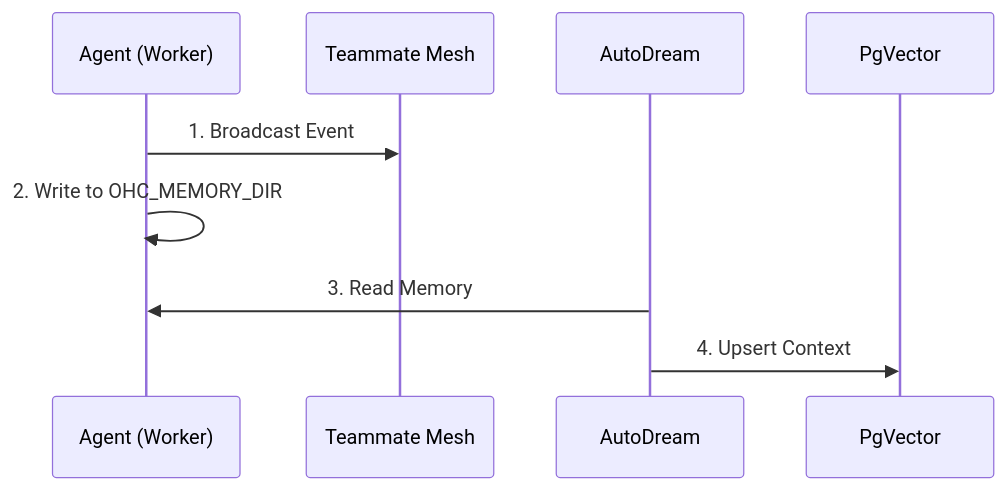
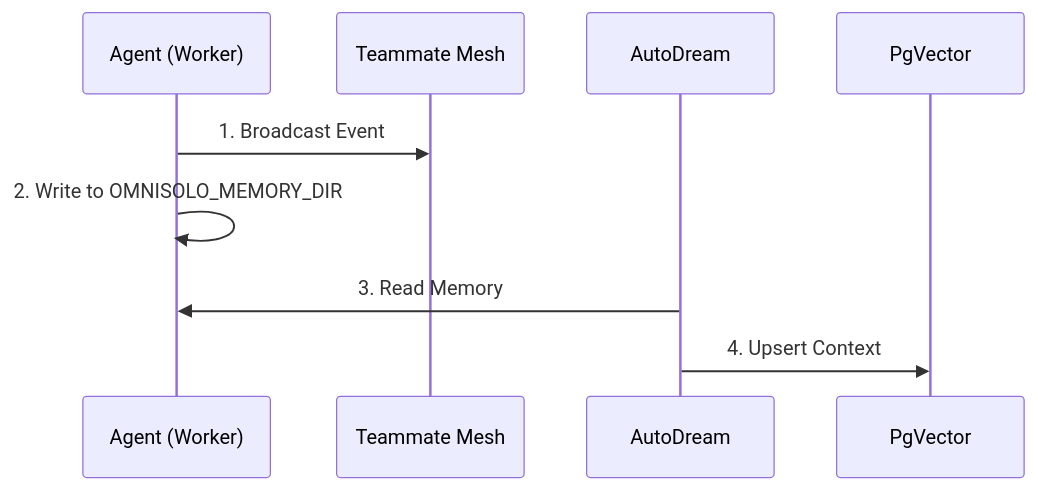
One commit to omnisolo-llc/onehumancorp changed the diagram in docs/technical/walkthroughs/swarm_intelligence_protocol.md. Above: the diagram before and after it, drawn with Mermaid. The commit also changed other lines of this file and 2191 other files, not shown here.

````diff
--- a/docs/technical/walkthroughs/swarm_intelligence_protocol.md
+++ b/docs/technical/walkthroughs/swarm_intelligence_protocol.md
@@ -7,12 +7,12 @@
 ```mermaid
 sequenceDiagram
     participant Worker as Agent (Worker)
     participant Mesh as Teammate Mesh
     participant AutoDream as AutoDream
     participant VectorDB as PgVector
 
     Worker->>Mesh: 1. Broadcast Event
-    Worker->>Worker: 2. Write to OHC_MEMORY_DIR
+    Worker->>Worker: 2. Write to OMNISOLO_MEMORY_DIR
     AutoDream->>Worker: 3. Read Memory
     AutoDream->>VectorDB: 4. Upsert Context
 ```
````
